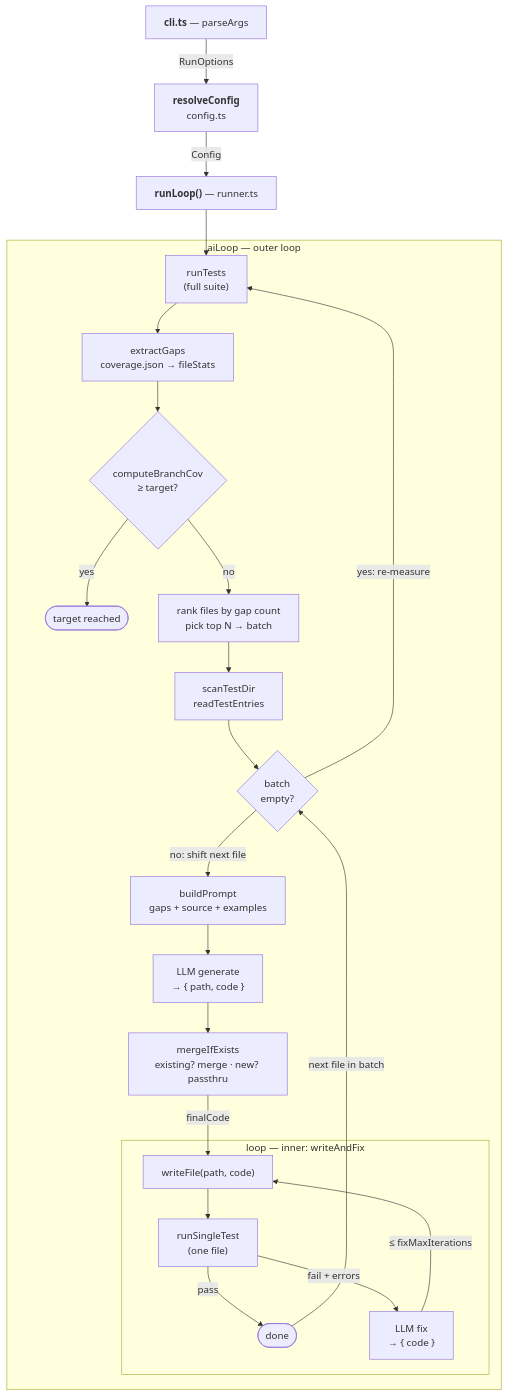
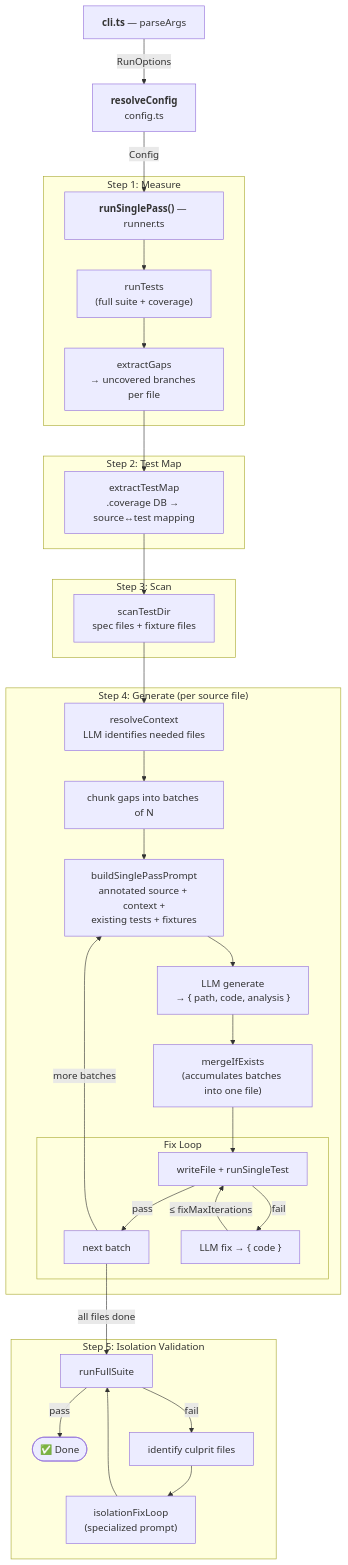
One commit to Azure/azure-sdk-for-js changed the diagram in common/tools/test-gen/README.md. Above: the diagram before and after it, drawn with Mermaid. The commit also changed other lines of this file and 11 other files, not shown here.

First line of the commit message:
feat(test-gen): single-pass architecture with module-based naming

````diff
--- a/common/tools/test-gen/README.md
+++ b/common/tools/test-gen/README.md
@@ -182,29 +195,43 @@
 ```mermaid
 flowchart TD
     CLI["<b>cli.ts</b> — parseArgs"] -- "RunOptions" --> RC["<b>resolveConfig</b><br/>config.ts"]
-    RC -- "Config" --> RL["<b>runLoop()</b> — runner.ts"]
-    RL --> RT
+    RC -- "Config" --> SP["<b>runSinglePass()</b> — runner.ts"]
 
-    subgraph OL["aiLoop — outer loop"]
-        RT["runTests<br/>(full suite)"] --> EG["extractGaps<br/>coverage.json → fileStats"]
-        EG --> CBC{"computeBranchCov<br/>≥ target?"}
-        CBC -- "yes" --> STOP(["target reached"])
-        CBC -- "no" --> BATCH["rank files by gap count<br/>pick top N → batch"]
-        BATCH --> SCAN["scanTestDir<br/>readTestEntries"]
-        SCAN --> NEXT{"batch<br/>empty?"}
-        NEXT -- "no: shift next file" --> BP["buildPrompt<br/>gaps + source + examples"]
-        BP --> GEN["LLM generate<br/>→ { path, code }"]
-        GEN --> MRG["mergeIfExists<br/>existing? merge · new? passthru"]
-        MRG -- "finalCode" --> WF
+    subgraph MEASURE["Step 1: Measure"]
+        SP --> RT["runTests<br/>(full suite + coverage)"]
+        RT --> EG["extractGaps<br/>→ uncovered branches per file"]
+    end
 
-        subgraph IL["loop — inner: writeAndFix"]
-            WF["writeFile(path, code)"] --> RST["runSingleTest<br/>(one file)"]
-            RST -- "pass" --> DONE(["done"])
-            RST -- "fail + errors" --> FIX["LLM fix<br/>→ { code }"]
-            FIX -- "≤ fixMaxIterations" --> WF
+    subgraph MAP["Step 2: Test Map"]
+        EG --> TM["extractTestMap<br/>.coverage DB → source↔test mapping"]
+    end
+
+    subgraph SCAN["Step 3: Scan"]
+        TM --> SD["scanTestDir<br/>spec files + fixture files"]
+    end
+
+    subgraph GEN["Step 4: Generate (per source file)"]
+        SD --> RC2["resolveContext<br/>LLM identifies needed files"]
+        RC2 --> BATCH["chunk gaps into batches of N"]
+        BATCH --> BP["buildSinglePassPrompt<br/>annotated source + context +<br/>existing tests + fixtures"]
+        BP --> LLM["LLM generate<br/>→ { path, code, analysis }"]
+        LLM --> MRG["mergeIfExists<br/>(accumulates batches into one file)"]
+        MRG --> WF
+
+        subgraph FIX["Fix Loop"]
+            WF["writeFile + runSingleTest"] -- "pass" --> NEXT
+            WF -- "fail" --> FIXLLM["LLM fix → { code }"]
+            FIXLLM -- "≤ fixMaxIterations" --> WF
         end
 
-        DONE -- "next file in batch" --> NEXT
-        NEXT -- "yes: re-measure" --> RT
+        NEXT["next batch"] -- "more batches" --> BP
+    end
+
+    subgraph VALIDATE["Step 5: Isolation Validation"]
+        NEXT -- "all files done" --> FULL["runFullSuite"]
+        FULL -- "pass" --> DONE(["✅ Done"])
+        FULL -- "fail" --> CULPRIT["identify culprit files"]
+        CULPRIT --> IFIX["isolationFixLoop<br/>(specialized prompt)"]
+        IFIX --> FULL
     end
 ```
````
